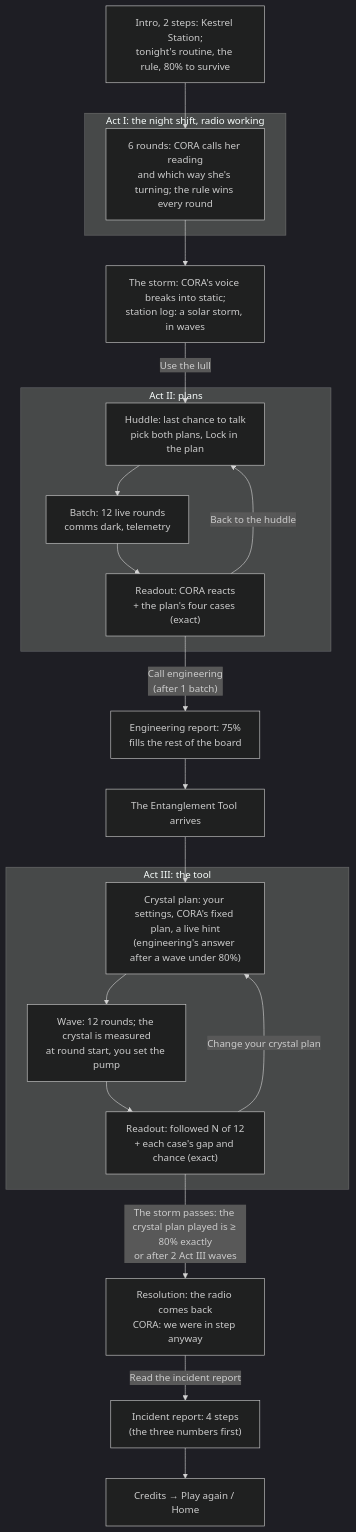
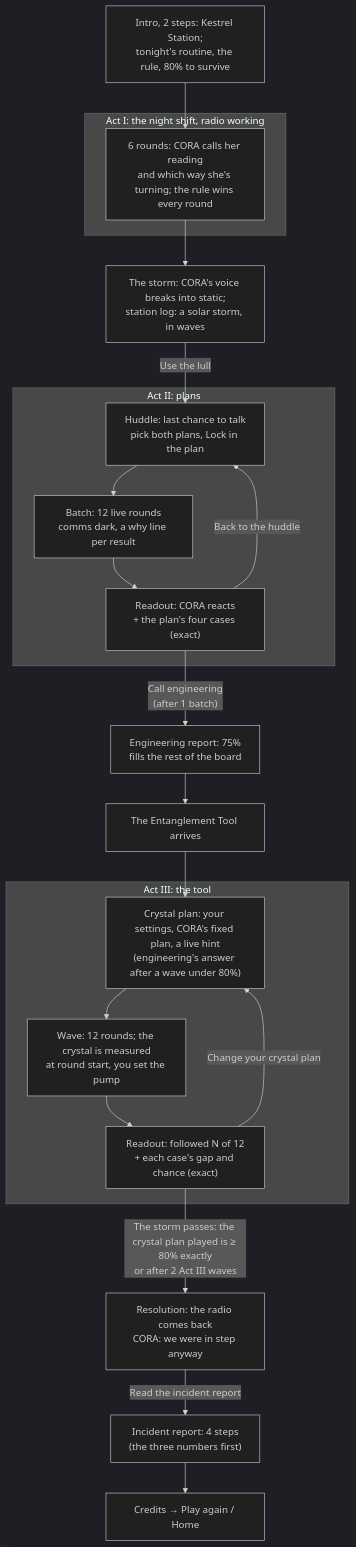
Before and after one commit to PlayableStories/quantum-crew: the diagram in README.md, drawn with Mermaid (dark theme). The commit also changed other lines of this file and 10 other files, not shown here.

````diff
--- a/README.md
+++ b/README.md
@@ -65,25 +66,25 @@
 ```mermaid
 flowchart TD
   intro["Intro, 2 steps: Kestrel Station;<br/>tonight's routine, the rule, 80% to survive"] --> act1
   subgraph actI ["Act I: the night shift, radio working"]
     act1["6 rounds: CORA calls her reading<br/>and which way she's turning; the rule wins every round"]
   end
   act1 --> storm["The storm: CORA's voice breaks into static;<br/>station log: a solar storm, in waves"]
   storm -- "Use the lull" --> plan
   subgraph act2 ["Act II: plans"]
-    plan["Huddle: last chance to talk<br/>pick both plans, Lock in the plan"] --> batch2["Batch: 12 live rounds<br/>comms dark, telemetry"]
+    plan["Huddle: last chance to talk<br/>pick both plans, Lock in the plan"] --> batch2["Batch: 12 live rounds<br/>comms dark, a why line per result"]
     batch2 --> read2["Readout: CORA reacts<br/>+ the plan's four cases (exact)"]
     read2 -- "Back to the huddle" --> plan
   end
   read2 -- "Call engineering<br/>(after 1 batch)" --> ceiling["Engineering report: 75%<br/>fills the rest of the board"]
   ceiling --> tool["The Entanglement Tool arrives"]
   tool --> tune
   subgraph act3 ["Act III: the tool"]
     tune["Crystal plan: your settings, CORA's fixed plan, a live hint<br/>(engineering's answer after a wave under 80%)"] --> batch3["Wave: 12 rounds; the crystal is measured<br/>at round start, you set the pump"]
     batch3 --> read3["Readout: followed N of 12<br/>+ each case's gap and chance (exact)"]
     read3 -- "Change your crystal plan" --> tune
   end
   read3 -- "The storm passes: the crystal plan played is ≥ 80% exactly<br/>or after 2 Act III waves" --> resolution["Resolution: the radio comes back<br/>CORA: we were in step anyway"]
   resolution -- "Read the incident report" --> debrief["Incident report: 4 steps<br/>(the three numbers first)"]
   debrief --> credits["Credits → Play again / Home"]
 ```
````
